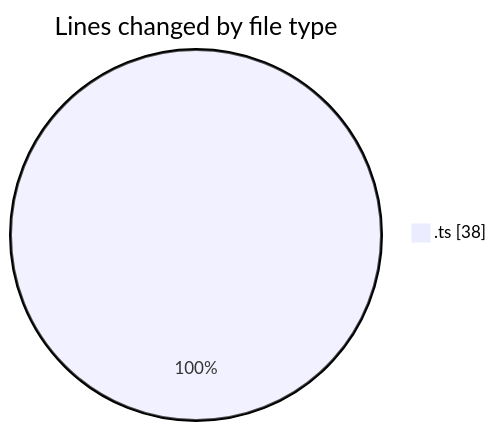
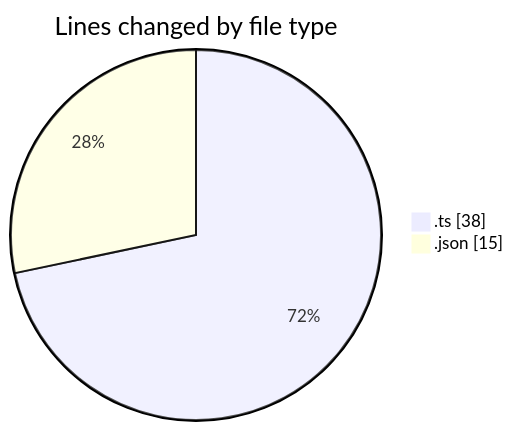
The first of 2 diagrams in 2025-10-23/frontend-cms/README.md (julien-gomy/code-tracking), drawn with Mermaid before and after one commit. The commit also changed other lines of this file and 1 other file, not shown here.

````diff
--- a/2025-10-23/frontend-cms/README.md
+++ b/2025-10-23/frontend-cms/README.md
@@ -20,5 +22,6 @@
 ```mermaid
 pie showData
 title Lines changed by file type
 ".ts" : 38
+".json" : 15
 ```
````
